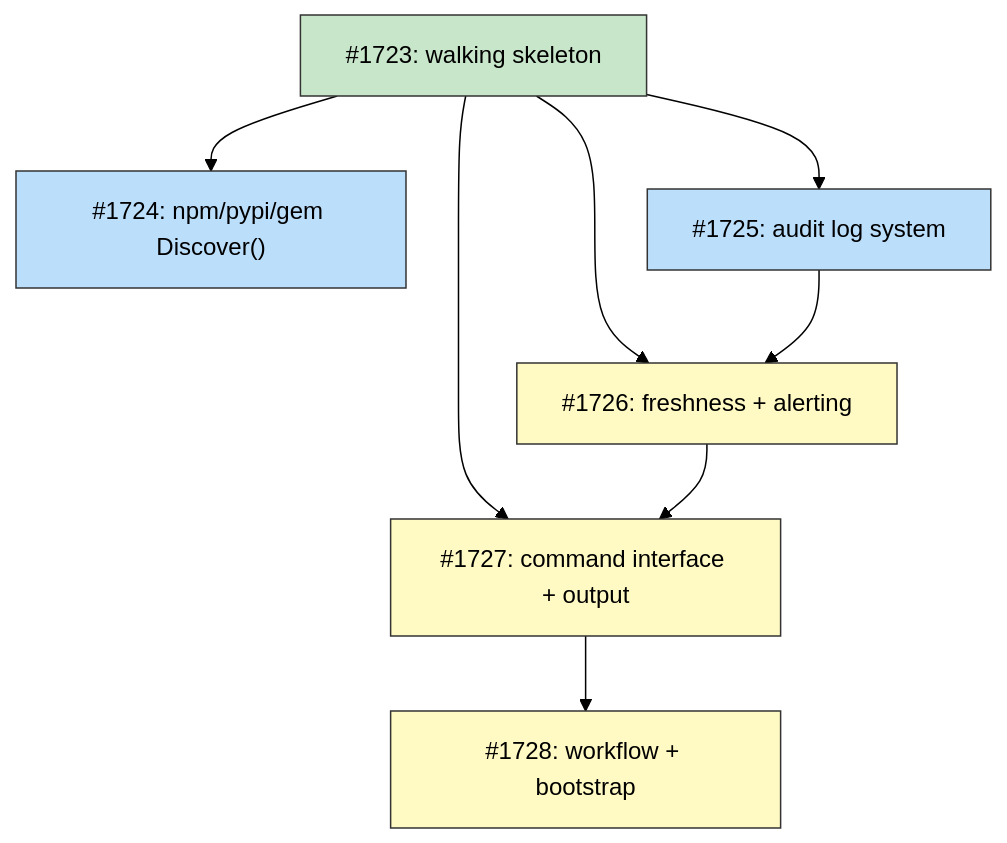
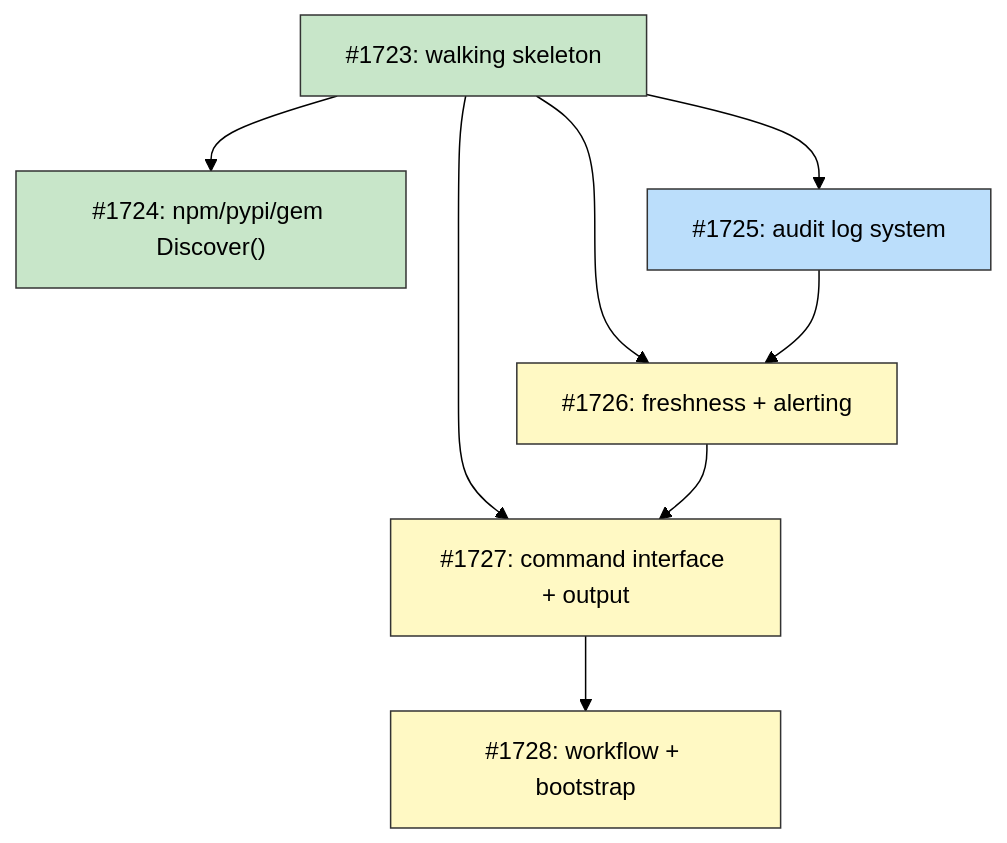
One commit to tsukumogami/tsuku changed the diagram in docs/designs/DESIGN-automated-seeding.md. Above: the diagram before and after it, drawn with Mermaid (forest theme). The commit also changed other lines of this file, not shown here.

Commit message:
docs(design): mark #1724 as done in automated-seeding design
Update implementation issues table and dependency diagram to reflect
completion of npm, pypi, and gem builder Discover() methods.

````diff
--- a/docs/designs/DESIGN-automated-seeding.md
+++ b/docs/designs/DESIGN-automated-seeding.md
@@ -55,29 +55,29 @@
 ```mermaid
 graph TD
     I1723["#1723: walking skeleton"]
     I1724["#1724: npm/pypi/gem Discover()"]
     I1725["#1725: audit log system"]
     I1726["#1726: freshness + alerting"]
     I1727["#1727: command interface + output"]
     I1728["#1728: workflow + bootstrap"]
 
     I1723 --> I1724
     I1723 --> I1725
     I1723 --> I1726
     I1725 --> I1726
     I1723 --> I1727
     I1726 --> I1727
     I1727 --> I1728
 
     classDef done fill:#c8e6c9,stroke:#333
     classDef ready fill:#bbdefb,stroke:#333
     classDef blocked fill:#fff9c4,stroke:#333
     classDef needsDesign fill:#e1bee7,stroke:#333
 
     class I1723 done
-    class I1724 ready
+    class I1724 done
     class I1725 ready
     class I1726 blocked
     class I1727 blocked
     class I1728 blocked
 ```
````
